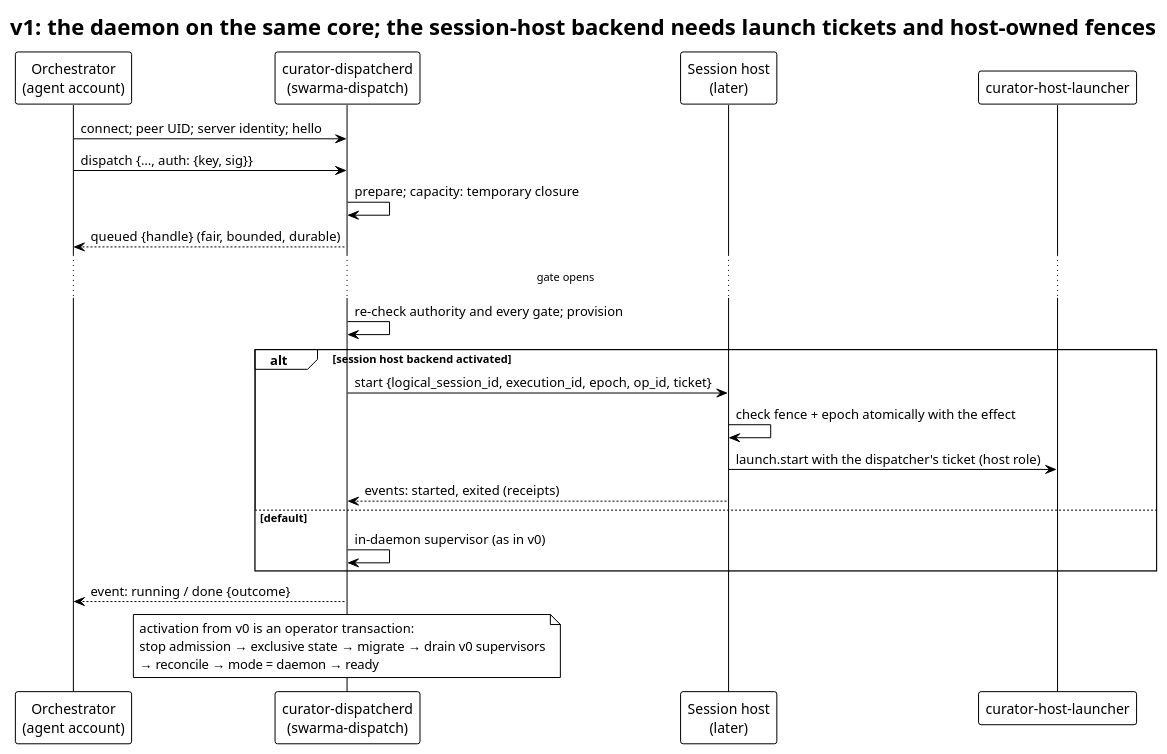
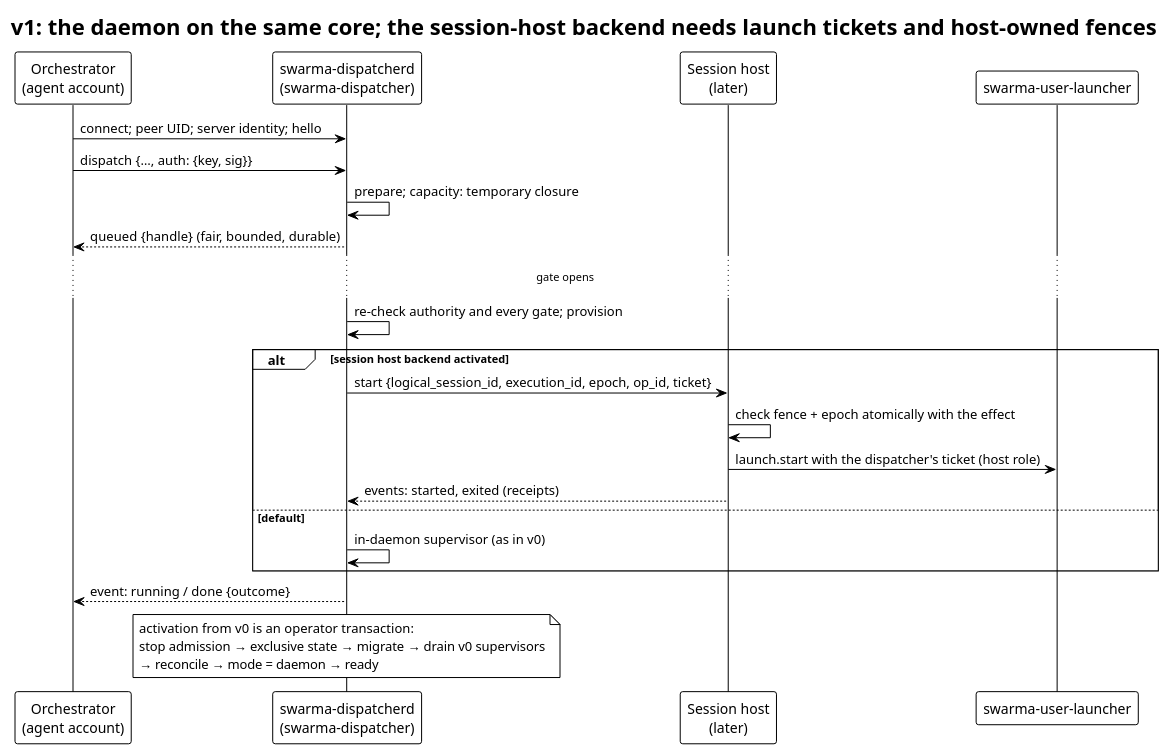
The diagram in diagrams/v1-daemon.puml (relux-works/curator-dispatcher), drawn with PlantUML before and after one commit. The commit also changed 5 other files, not shown here.

```diff
--- a/diagrams/v1-daemon.puml
+++ b/diagrams/v1-daemon.puml
@@ -1,30 +1,30 @@
 @startuml v1-daemon
 !theme plain
 title v1: the daemon on the same core; the session-host backend needs launch tickets and host-owned fences
 
 participant "Orchestrator\n(agent account)" as O
-participant "curator-dispatcherd\n(swarma-dispatch)" as D
+participant "swarma-dispatcherd\n(swarma-dispatcher)" as D
 participant "Session host\n(later)" as SH
-participant "curator-host-launcher" as L
+participant "swarma-user-launcher" as L
 
 O -> D : connect; peer UID; server identity; hello
 O -> D : dispatch {…, auth: {key, sig}}
 D -> D : prepare; capacity: temporary closure
 D --> O : queued {handle} (fair, bounded, durable)
 ... gate opens ...
 D -> D : re-check authority and every gate; provision
 alt session host backend activated
   D -> SH : start {logical_session_id, execution_id, epoch, op_id, ticket}
   SH -> SH : check fence + epoch atomically with the effect
   SH -> L : launch.start with the dispatcher's ticket (host role)
   SH --> D : events: started, exited (receipts)
 else default
   D -> D : in-daemon supervisor (as in v0)
 end
 D --> O : event: running / done {outcome}
 note over D
   activation from v0 is an operator transaction:
   stop admission → exclusive state → migrate → drain v0 supervisors
   → reconcile → mode = daemon → ready
 end note
 @enduml
```
